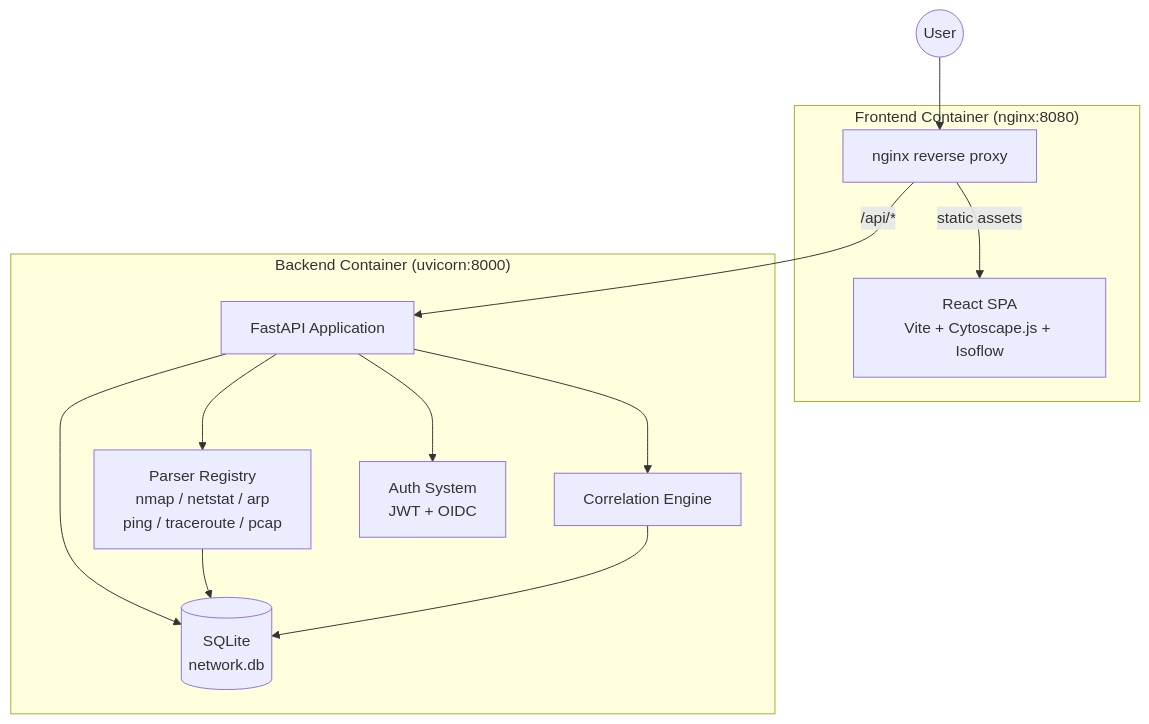
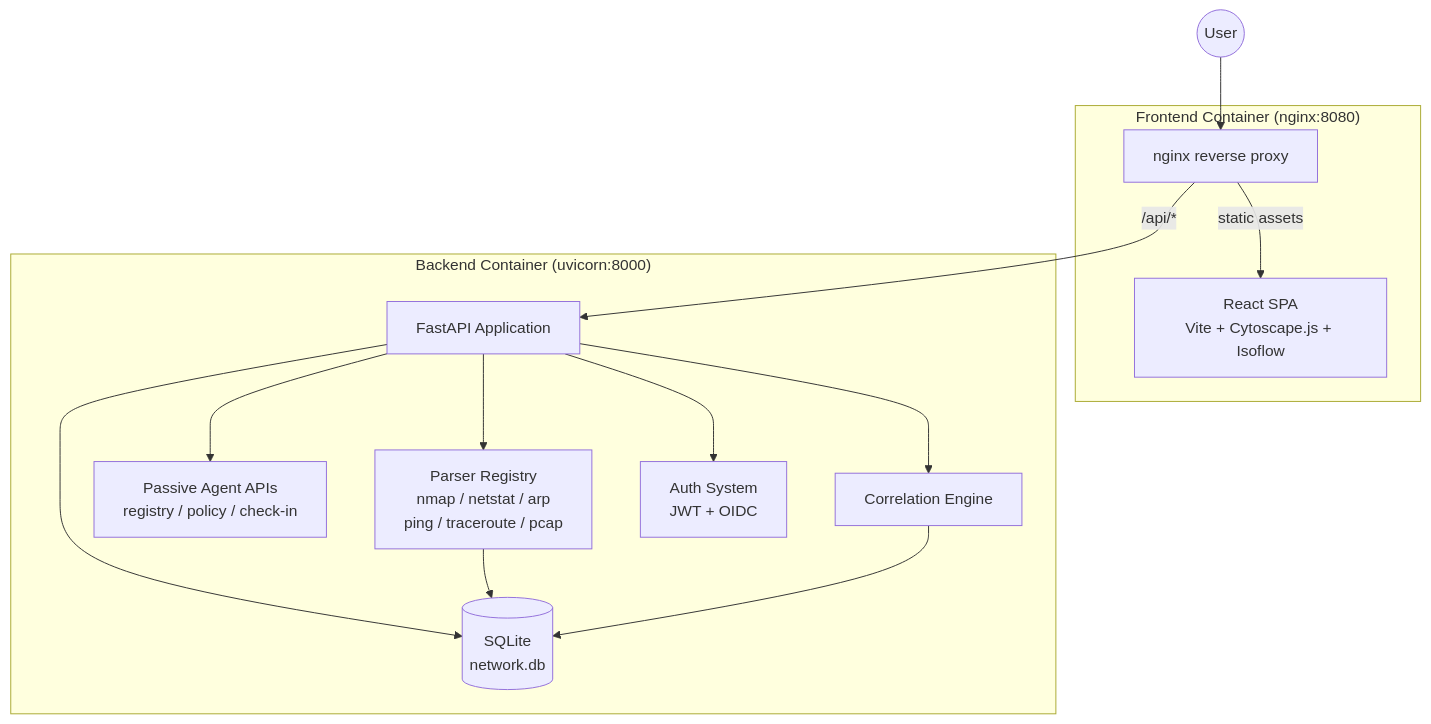
Before and after one commit to BadgerOps/grapheon: the first of 4 diagrams in docs/architecture.md, drawn with Mermaid. The commit also changed other lines of this file and 17 other files, not shown here.

First line of the commit message:
Add passive agent enrollment and API-key check-in

````diff
--- a/docs/architecture.md
+++ b/docs/architecture.md
@@ -7,25 +7,27 @@
 ```mermaid
 graph TB
     subgraph "Frontend Container (nginx:8080)"
         UI[React SPA<br/>Vite + Cytoscape.js + Isoflow]
         NGINX[nginx reverse proxy]
     end
 
     subgraph "Backend Container (uvicorn:8000)"
         API[FastAPI Application]
         PARSERS[Parser Registry<br/>nmap / netstat / arp<br/>ping / traceroute / pcap]
+        AGENTS[Passive Agent APIs<br/>registry / policy / check-in]
         CORRELATION[Correlation Engine]
         AUTH[Auth System<br/>JWT + OIDC]
         DB[(SQLite<br/>network.db)]
     end
 
     USER((User)) --> NGINX
     NGINX -->|/api/*| API
     NGINX -->|static assets| UI
     API --> PARSERS
+    API --> AGENTS
     API --> CORRELATION
     API --> AUTH
     API --> DB
     PARSERS --> DB
     CORRELATION --> DB
 ```
````
